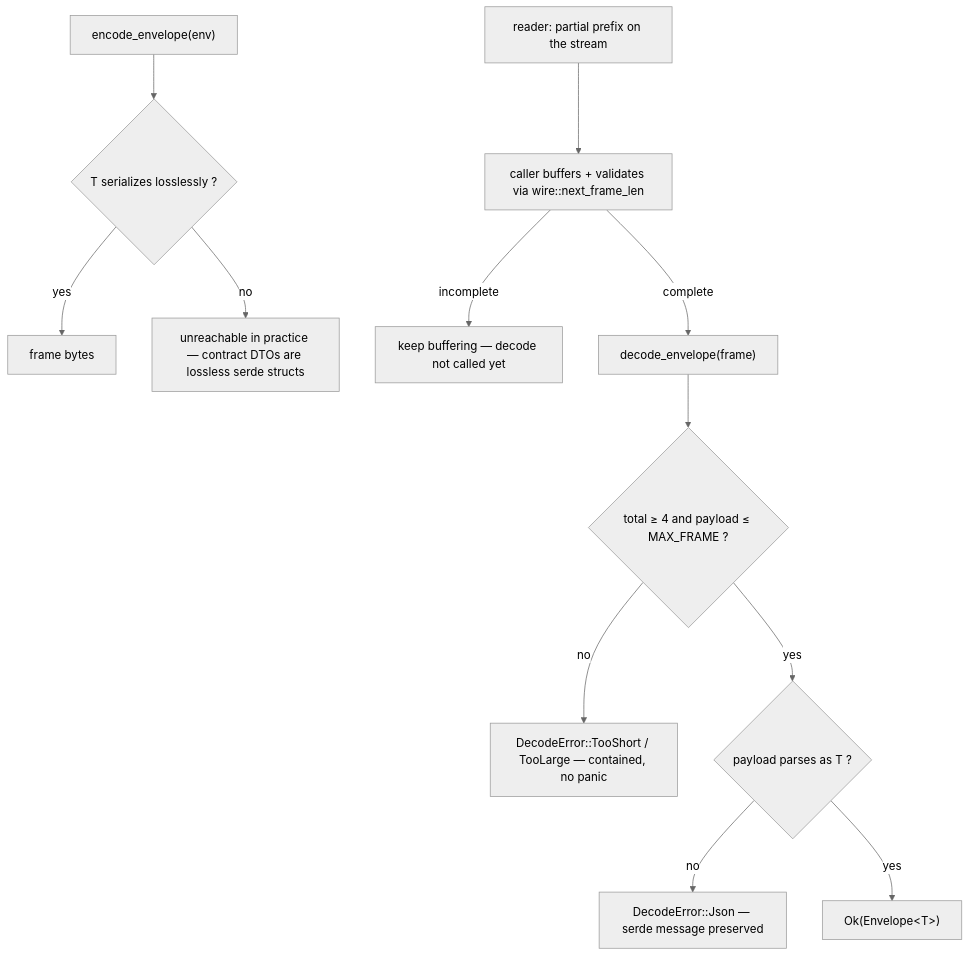
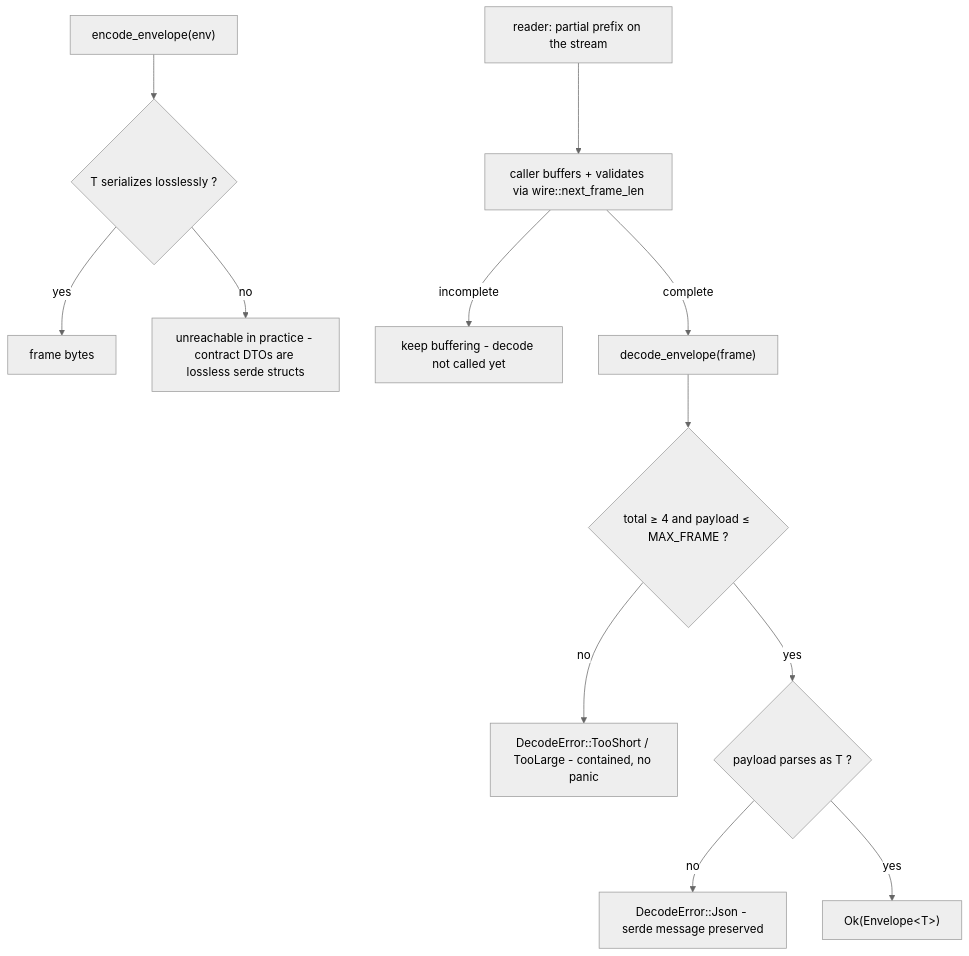
Before and after one commit to Exchange8-dev/exchange8-sdk: the fifth of 7 diagrams in crates/me/client/DESIGN.md, drawn with Mermaid (neutral theme). The commit also changed other lines of this file and 60 other files, not shown here.

````diff
--- a/crates/me/client/DESIGN.md
+++ b/crates/me/client/DESIGN.md
@@ -226,16 +226,16 @@
 ```mermaid
 flowchart TD
     DEC["decode_envelope(frame)"] --> LEN{"total ≥ 4 and payload ≤ MAX_FRAME ?"}
-    LEN -->|no| SHORT["DecodeError::TooShort / TooLarge — contained, no panic"]
+    LEN -->|no| SHORT["DecodeError::TooShort / TooLarge - contained, no panic"]
     LEN -->|yes| PARSE{"payload parses as T ?"}
-    PARSE -->|no| JSON["DecodeError::Json — serde message preserved"]
+    PARSE -->|no| JSON["DecodeError::Json - serde message preserved"]
     PARSE -->|yes| OK["Ok(Envelope&lt;T&gt;)"]
 
     ENCODE["encode_envelope(env)"] --> SER{"T serializes losslessly ?"}
     SER -->|yes| FRAME["frame bytes"]
-    SER -->|no| PANICF["unreachable in practice — contract DTOs are lossless serde structs"]
+    SER -->|no| PANICF["unreachable in practice - contract DTOs are lossless serde structs"]
 
     RECV["reader: partial prefix on the stream"] --> NFL["caller buffers + validates via wire::next_frame_len"]
-    NFL -->|incomplete| WAIT["keep buffering — decode not called yet"]
+    NFL -->|incomplete| WAIT["keep buffering - decode not called yet"]
     NFL -->|complete| DEC
 ```
````
